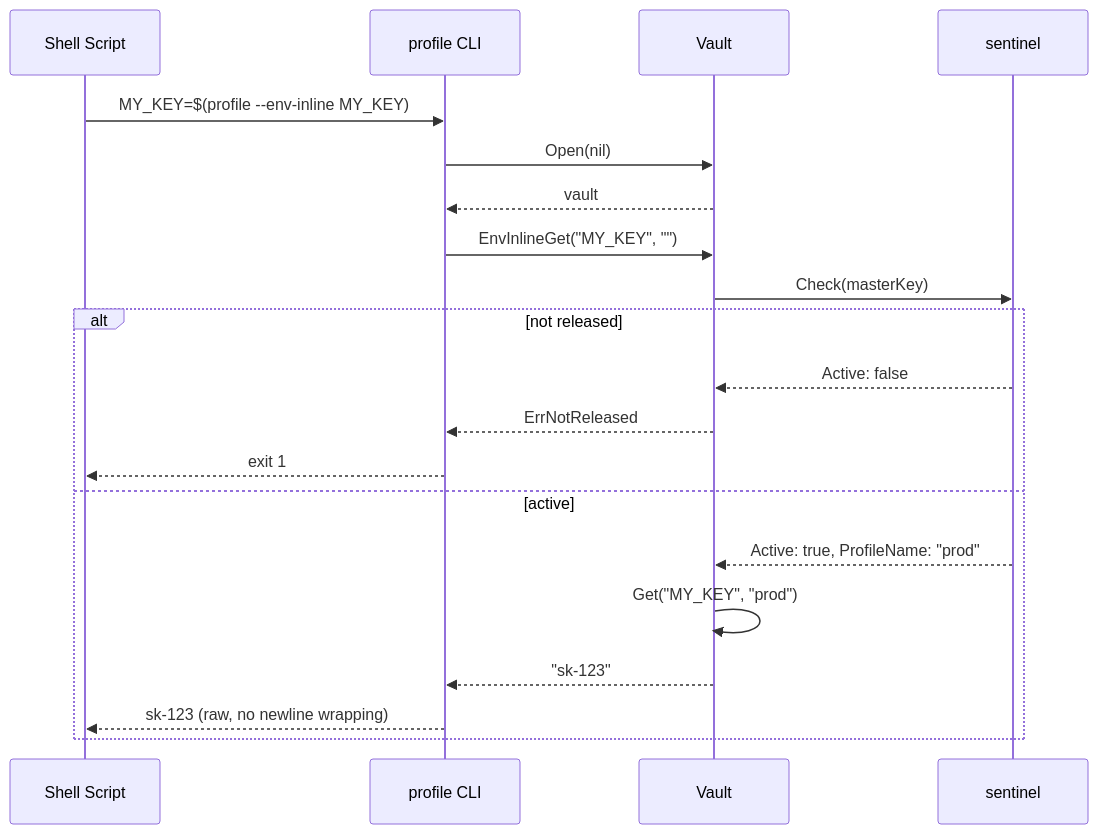
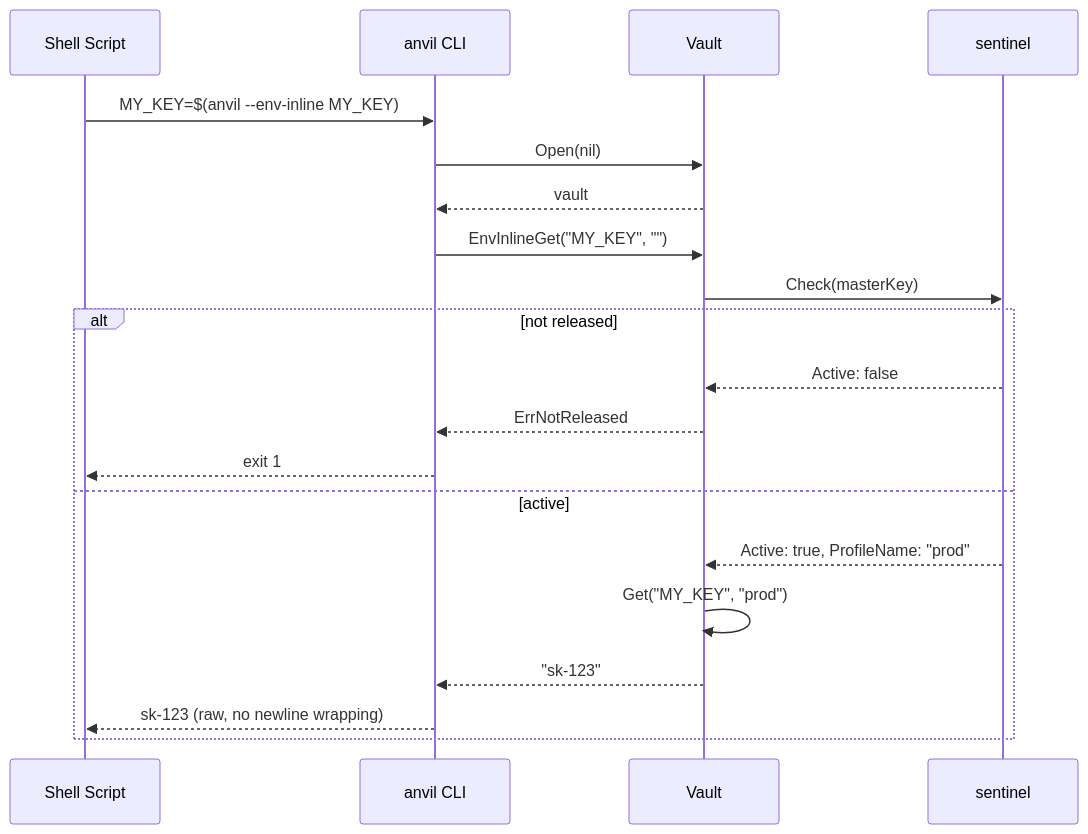
Diagram 12 of 15 in docs/ARCHITECTURE.md (inovacc/anvil), drawn with Mermaid before and after one commit. The commit also changed other lines of this file and 29 other files, not shown here.

First line of the commit message:
refactor: rename project from profile to anvil

````diff
--- a/docs/ARCHITECTURE.md
+++ b/docs/ARCHITECTURE.md
@@ -479,25 +479,25 @@
 ```mermaid
 sequenceDiagram
     participant Shell as Shell Script
-    participant CLI as profile CLI
+    participant CLI as anvil CLI
     participant V as Vault
     participant Sen as sentinel
 
-    Shell->>CLI: MY_KEY=$(profile --env-inline MY_KEY)
+    Shell->>CLI: MY_KEY=$(anvil --env-inline MY_KEY)
     CLI->>V: Open(nil)
     V-->>CLI: vault
 
     CLI->>V: EnvInlineGet("MY_KEY", "")
     V->>Sen: Check(masterKey)
 
     alt not released
         Sen-->>V: Active: false
         V-->>CLI: ErrNotReleased
         CLI-->>Shell: exit 1
     else active
         Sen-->>V: Active: true, ProfileName: "prod"
         V->>V: Get("MY_KEY", "prod")
         V-->>CLI: "sk-123"
         CLI-->>Shell: sk-123 (raw, no newline wrapping)
     end
 ```
````
